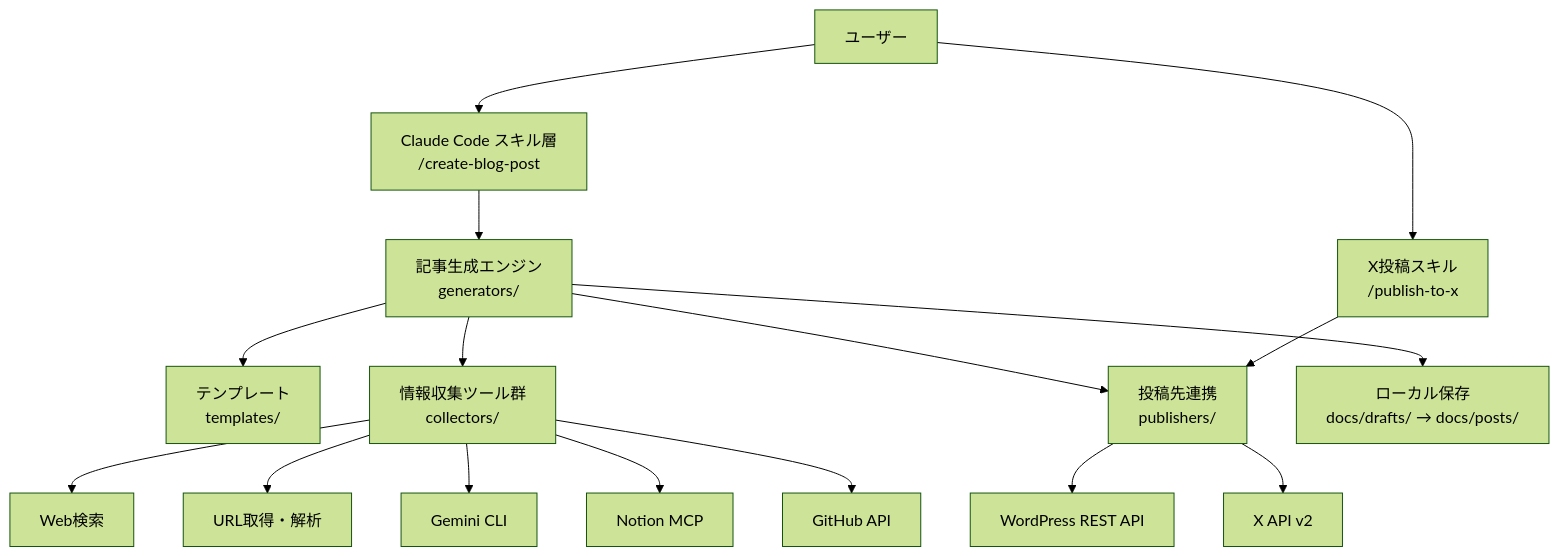
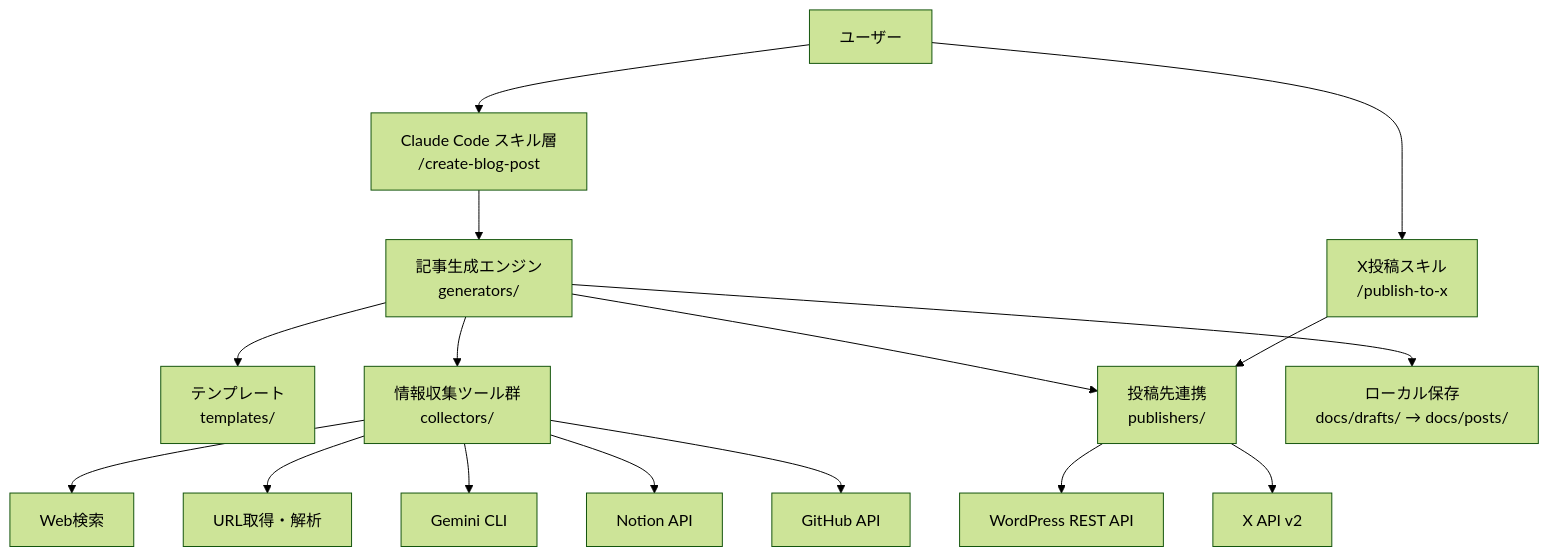
One commit to aidotters/social-content-creator changed the first of 3 diagrams in docs/core/functional-design.md. Above: the diagram before and after it, drawn with Mermaid (forest theme). The commit also changed other lines of this file and 23 other files, not shown here.

````diff
--- a/docs/core/functional-design.md
+++ b/docs/core/functional-design.md
@@ -8,38 +8,38 @@
 ```mermaid
 graph TB
     User[ユーザー]
     Skill["Claude Code スキル層<br/>/create-blog-post"]
     Generator["記事生成エンジン<br/>generators/"]
     Template["テンプレート<br/>templates/"]
     Collector["情報収集ツール群<br/>collectors/"]
     Publisher["投稿先連携<br/>publishers/"]
     Storage["ローカル保存<br/>docs/drafts/ → docs/posts/"]
     XSkill["X投稿スキル<br/>/publish-to-x"]
 
     WebSearch[Web検索]
     URLFetcher[URL取得・解析]
     GeminiCLI[Gemini CLI]
-    NotionMCP[Notion MCP]
+    NotionAPI[Notion API]
     GitHubAPI[GitHub API]
 
     WordPress[WordPress REST API]
     XAPI[X API v2]
 
     User --> Skill
     User --> XSkill
     Skill --> Generator
     Generator --> Template
     Generator --> Collector
     Generator --> Publisher
     Generator --> Storage
 
     Collector --> WebSearch
     Collector --> URLFetcher
     Collector --> GeminiCLI
-    Collector --> NotionMCP
+    Collector --> NotionAPI
     Collector --> GitHubAPI
 
     Publisher --> WordPress
     XSkill --> Publisher
     Publisher --> XAPI
 ```
````
